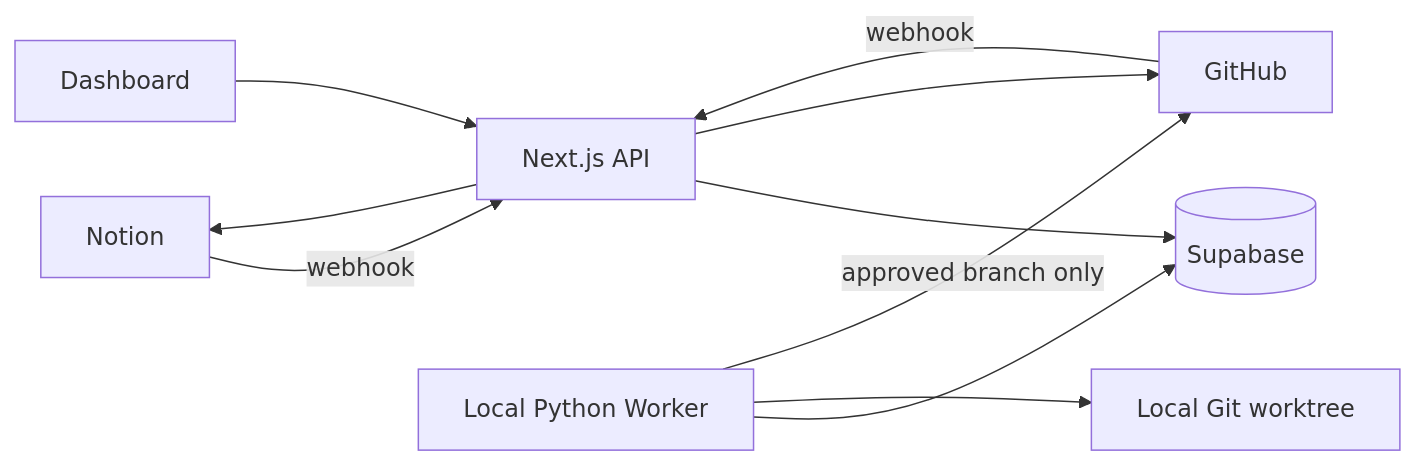
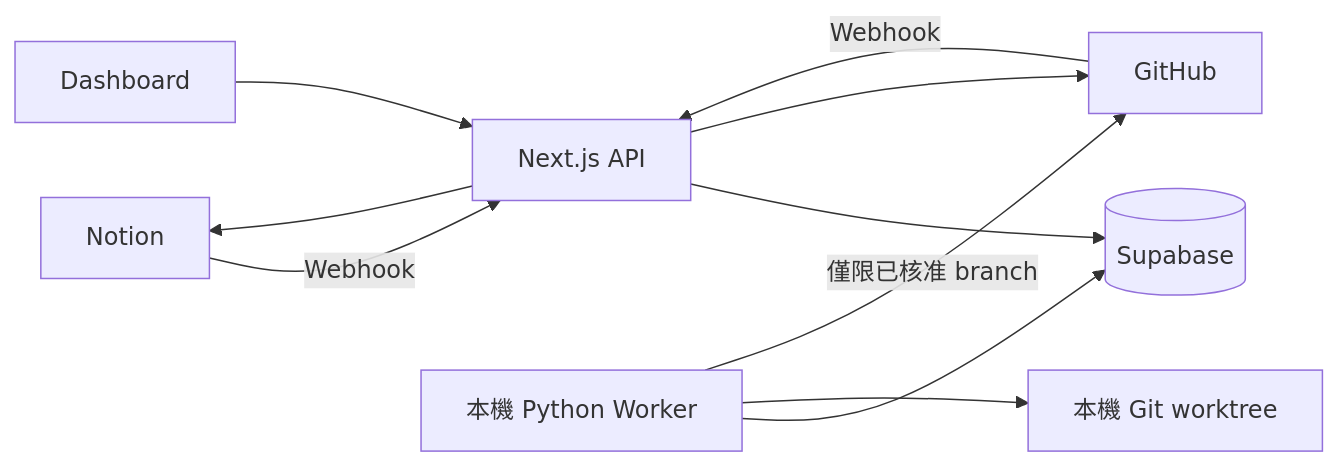
One commit to c-y-s-s/notion-github-coding-agent changed the first of 2 diagrams in docs/architecture.md. Above: the diagram before and after it, drawn with Mermaid. The commit also changed other lines of this file and 8 other files, not shown here.

Commit message:
refactor: update documentation for project architecture, database design, and agent safety protocols

````diff
--- a/docs/architecture.md
+++ b/docs/architecture.md
@@ -7,12 +20,12 @@
 ```mermaid
 flowchart LR
-  N[Notion] -->|webhook| W[Next.js API]
-  G[GitHub] -->|webhook| W
+  N[Notion] -->|Webhook| W[Next.js API]
+  G[GitHub] -->|Webhook| W
+  D[Dashboard] --> W
   W --> S[(Supabase)]
-  D[Dashboard] --> W
-  P[Local Python Worker] --> S
-  P --> R[Local Git worktree]
-  P -->|approved branch only| G
+  P[本機 Python Worker] --> S
+  P --> R[本機 Git worktree]
+  P -->|僅限已核准 branch| G
   W --> N
   W --> G
 ```
````
